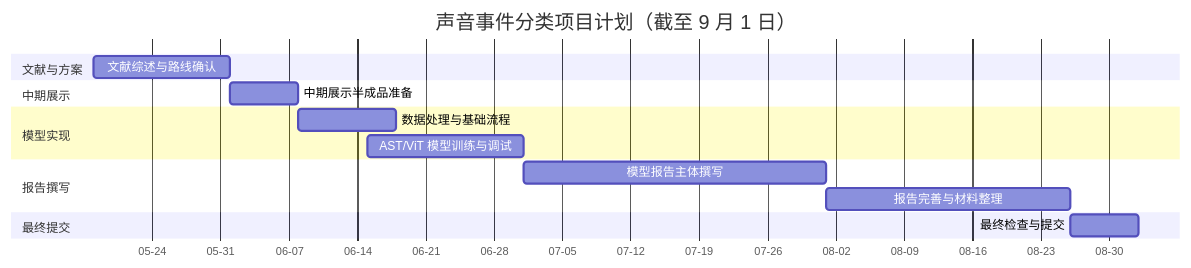
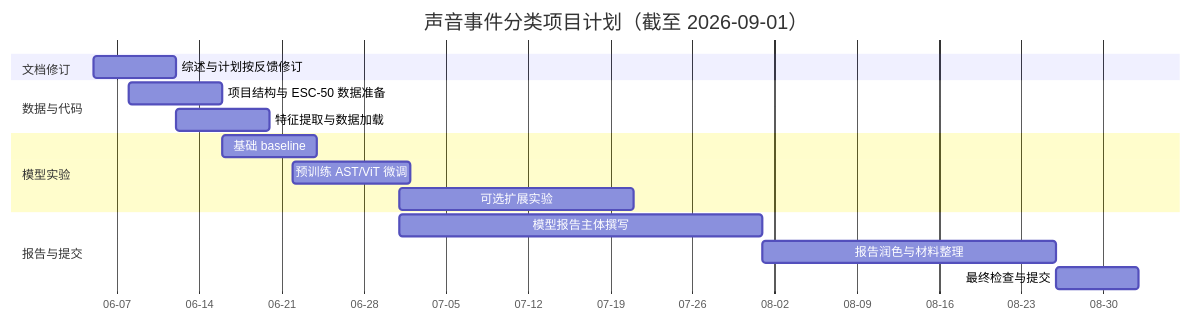
The diagram in 项目计划.md (zh23jemu/sound-event-classification), drawn with Mermaid before and after one commit. The commit also changed other lines of this file and 6 other files, not shown here.

````diff
--- a/项目计划.md
+++ b/项目计划.md
@@ -25,23 +88,23 @@
 ```mermaid
 gantt
-    title 声音事件分类项目计划（截至 9 月 1 日）
+    title 声音事件分类项目计划（截至 2026-09-01）
     dateFormat  YYYY-MM-DD
     axisFormat  %m-%d
 
-    section 文献与方案
-    文献综述与路线确认          :a1, 2026-05-18, 14d
+    section 文档修订
+    综述与计划按反馈修订      :a1, 2026-06-05, 7d
 
-    section 中期展示
-    中期展示半成品准备          :b1, 2026-06-01, 7d
+    section 数据与代码
+    项目结构与 ESC-50 数据准备 :b1, 2026-06-08, 8d
+    特征提取与数据加载        :b2, 2026-06-12, 8d
 
-    section 模型实现
-    数据处理与基础流程          :c1, 2026-06-08, 10d
-    AST/ViT 模型训练与调试      :c2, 2026-06-15, 16d
+    section 模型实验
+    基础 baseline             :c1, 2026-06-16, 8d
+    预训练 AST/ViT 微调        :c2, 2026-06-22, 10d
+    可选扩展实验              :c3, 2026-07-01, 20d
 
-    section 报告撰写
-    模型报告主体撰写            :d1, 2026-07-01, 31d
-    报告完善与材料整理          :d2, 2026-08-01, 25d
-
-    section 最终提交
-    最终检查与提交              :e1, 2026-08-26, 7d
+    section 报告与提交
+    模型报告主体撰写          :d1, 2026-07-01, 31d
+    报告润色与材料整理        :d2, 2026-08-01, 25d
+    最终检查与提交            :d3, 2026-08-26, 7d
 ```
````
